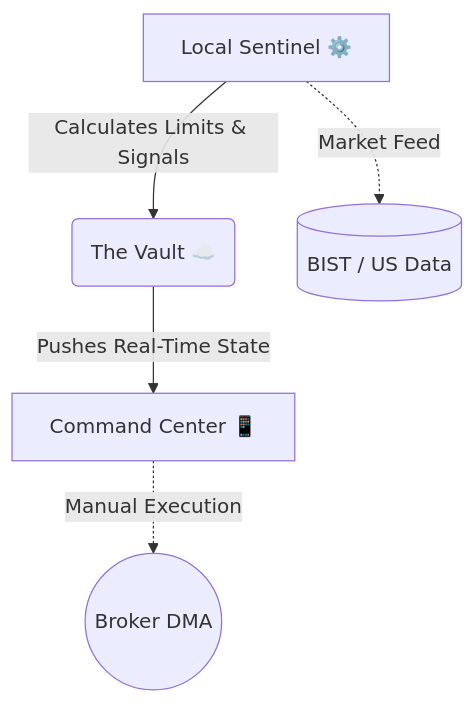
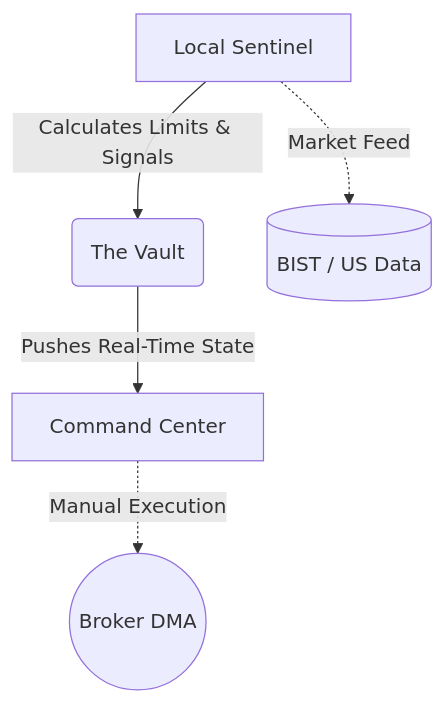
One commit to ragzur123-pixel/tradepanel changed the first of 2 diagrams in README.md. Above: the diagram before and after it, drawn with Mermaid. The commit also changed other lines of this file, not shown here.

````diff
--- a/README.md
+++ b/README.md
@@ -30,7 +30,7 @@
 ```mermaid
 graph TD;
-    A["Local Sentinel ⚙️"] -->|"Calculates Limits & Signals"| B("The Vault ☁️");
-    B -->|"Pushes Real-Time State"| C["Command Center 📱"];
+    A["Local Sentinel"] -->|"Calculates Limits & Signals"| B("The Vault");
+    B -->|"Pushes Real-Time State"| C["Command Center"];
     A -.->|"Market Feed"| D[("BIST / US Data")];
     C -.->|"Manual Execution"| E(("Broker DMA"));
 ```
````
